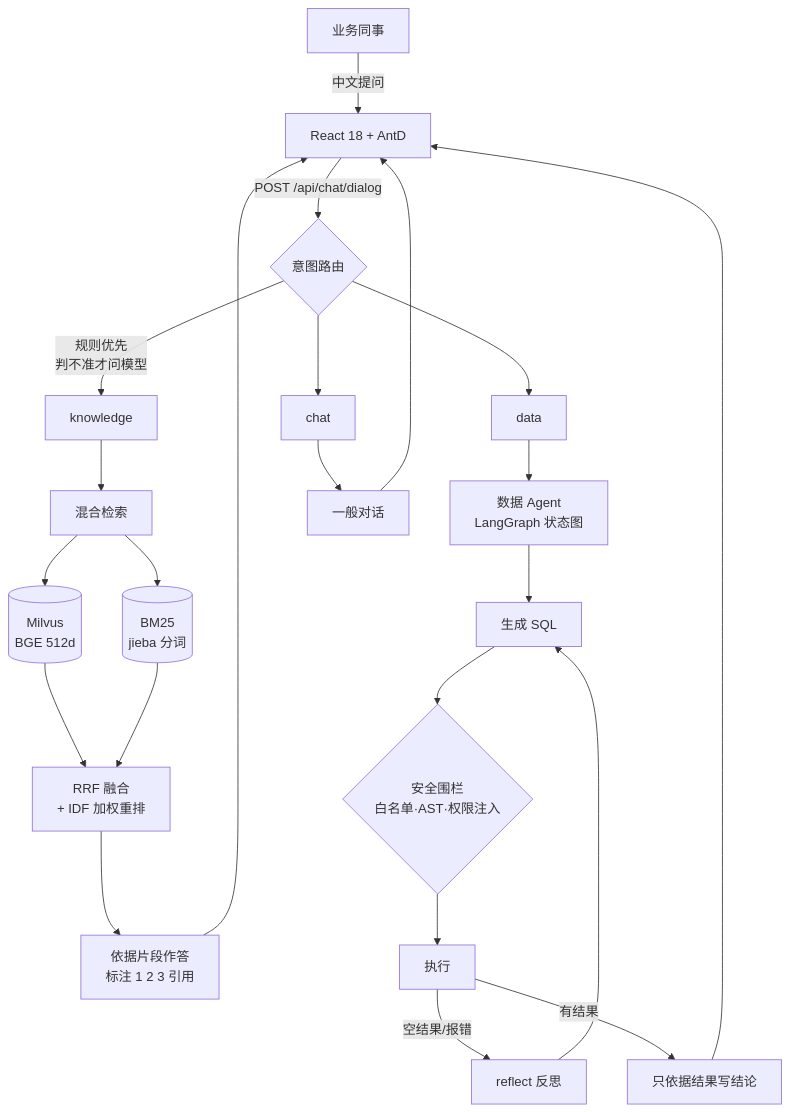
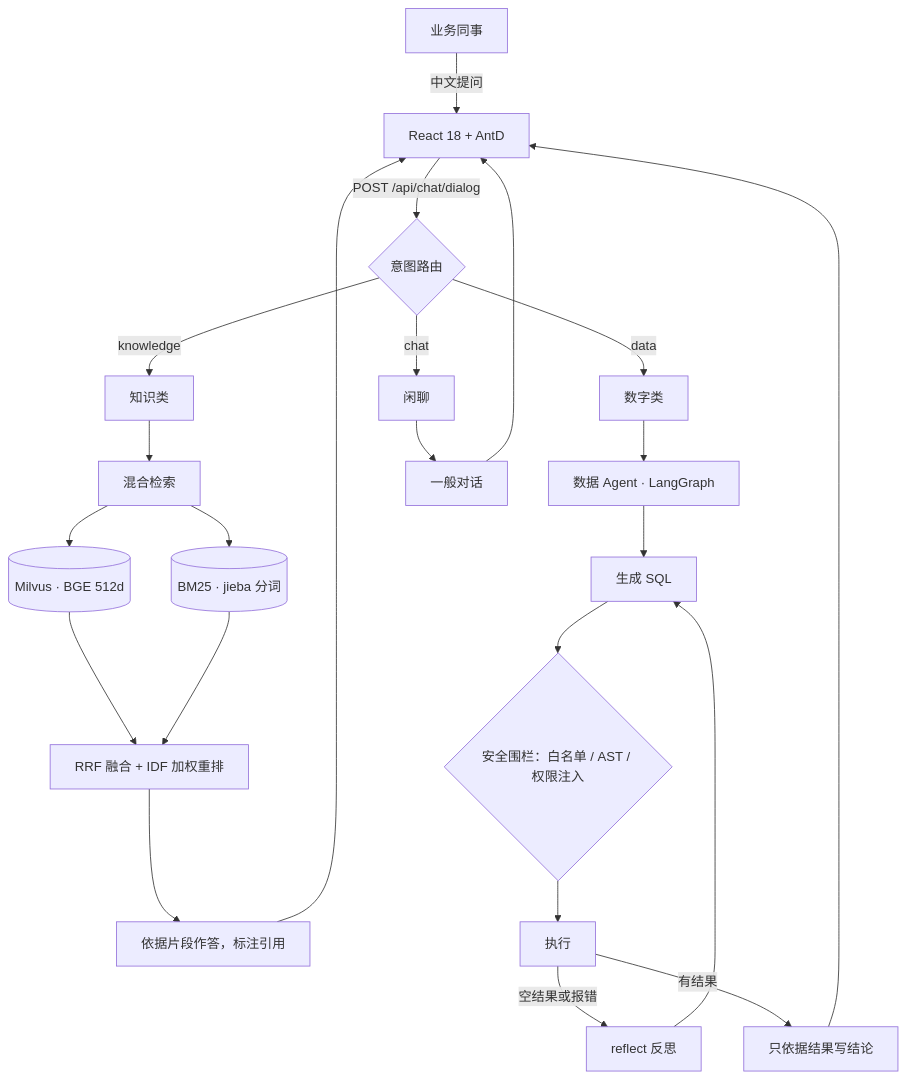
One commit to CTYQAQ/sales-insight changed the first of 4 diagrams in README.md. Above: the diagram before and after it, drawn with Mermaid. The commit also changed other lines of this file, not shown here.

Commit message:
docs: 修正 Mermaid 语法（中文 subgraph id 与边标签引号）

````diff
--- a/README.md
+++ b/README.md
@@ -80,28 +80,28 @@
 ```mermaid
 flowchart TD
-    U[业务同事] -->|中文提问| FE[React 18 + AntD]
-    FE -->|POST /api/chat/dialog| ROUTE{意图路由}
+    U["业务同事"] -->|"中文提问"| FE["React 18 + AntD"]
+    FE -->|"POST /api/chat/dialog"| ROUTE{"意图路由"}
 
-    ROUTE -->|规则优先<br/>判不准才问模型| I1[knowledge]
-    ROUTE --> I2[data]
-    ROUTE --> I3[chat]
+    ROUTE -->|knowledge| I1["知识类"]
+    ROUTE -->|data| I2["数字类"]
+    ROUTE -->|chat| I3["闲聊"]
 
-    I1 --> RET[混合检索]
-    RET --> V[(Milvus<br/>BGE 512d)]
-    RET --> B[(BM25<br/>jieba 分词)]
-    V --> RRF[RRF 融合<br/>+ IDF 加权重排]
+    I1 --> RET["混合检索"]
+    RET --> V[("Milvus · BGE 512d")]
+    RET --> B[("BM25 · jieba 分词")]
+    V --> RRF["RRF 融合 + IDF 加权重排"]
     B --> RRF
-    RRF --> ANS1[依据片段作答<br/>标注 1 2 3 引用]
+    RRF --> ANS1["依据片段作答，标注引用"]
 
-    I2 --> AGENT[数据 Agent<br/>LangGraph 状态图]
-    AGENT --> GS[生成 SQL] --> GUARD{安全围栏<br/>白名单·AST·权限注入}
-    GUARD --> EXE[执行]
-    EXE -->|空结果/报错| REF[reflect 反思] --> GS
-    EXE -->|有结果| ANS2[只依据结果写结论]
+    I2 --> AGENT["数据 Agent · LangGraph"]
+    AGENT --> GS["生成 SQL"] --> GUARD{"安全围栏：白名单 / AST / 权限注入"}
+    GUARD --> EXE["执行"]
+    EXE -->|"空结果或报错"| REF["reflect 反思"] --> GS
+    EXE -->|"有结果"| ANS2["只依据结果写结论"]
 
-    I3 --> ANS3[一般对话]
+    I3 --> ANS3["一般对话"]
 
     ANS1 --> FE
     ANS2 --> FE
     ANS3 --> FE
 ```
````
